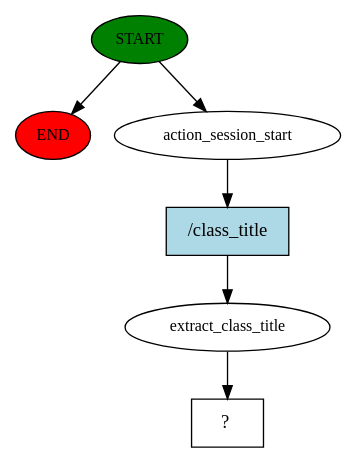
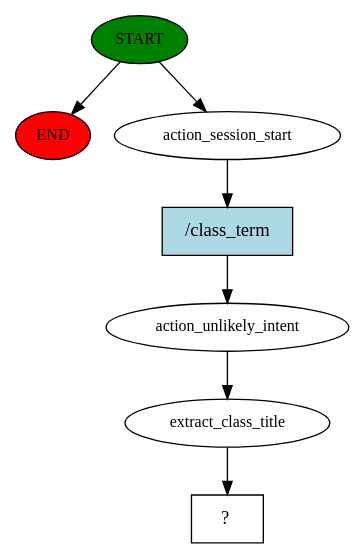
One commit to dailin7/chatbot changed the diagram in project/story_graph.dot. Above: the diagram before and after it, drawn with Graphviz. The commit also changed 4 other files, not shown here.

```diff
--- a/project/story_graph.dot
+++ b/project/story_graph.dot
@@ -1,13 +1,15 @@
 digraph  {
 0 [class="start active", fillcolor=green, fontsize=12, label=START, style=filled];
 "-1" [class=end, fillcolor=red, fontsize=12, label=END, style=filled];
 1 [class=active, fontsize=12, label=action_session_start];
-2 [class=active, fontsize=12, label=extract_class_title];
-3 [class="intent dashed active", label="  ?  ", shape=rect];
-4 [class="intent active", fillcolor=lightblue, label="/class_title", shape=rect, style=filled];
+2 [class=active, fontsize=12, label=action_unlikely_intent];
+3 [class=active, fontsize=12, label=extract_class_title];
+4 [class="intent dashed active", label="  ?  ", shape=rect];
+5 [class="intent active", fillcolor=lightblue, label="/class_term", shape=rect, style=filled];
 0 -> "-1"  [class="", key=NONE, label=""];
 0 -> 1  [class=active, key=NONE, label=""];
-1 -> 4  [class=active, key=0];
+1 -> 5  [class=active, key=0];
 2 -> 3  [class=active, key=NONE, label=""];
-4 -> 2  [class=active, key=0];
+3 -> 4  [class=active, key=NONE, label=""];
+5 -> 2  [class=active, key=0];
 }
```
